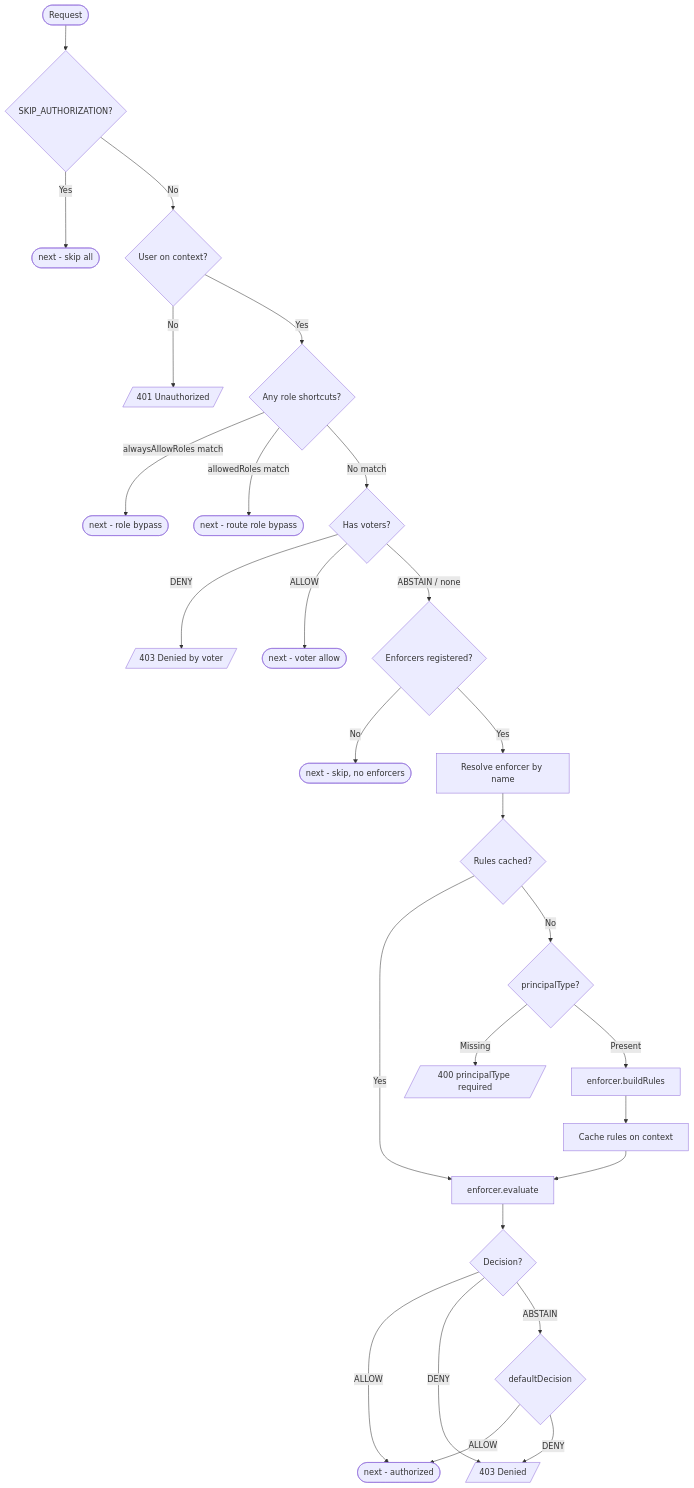
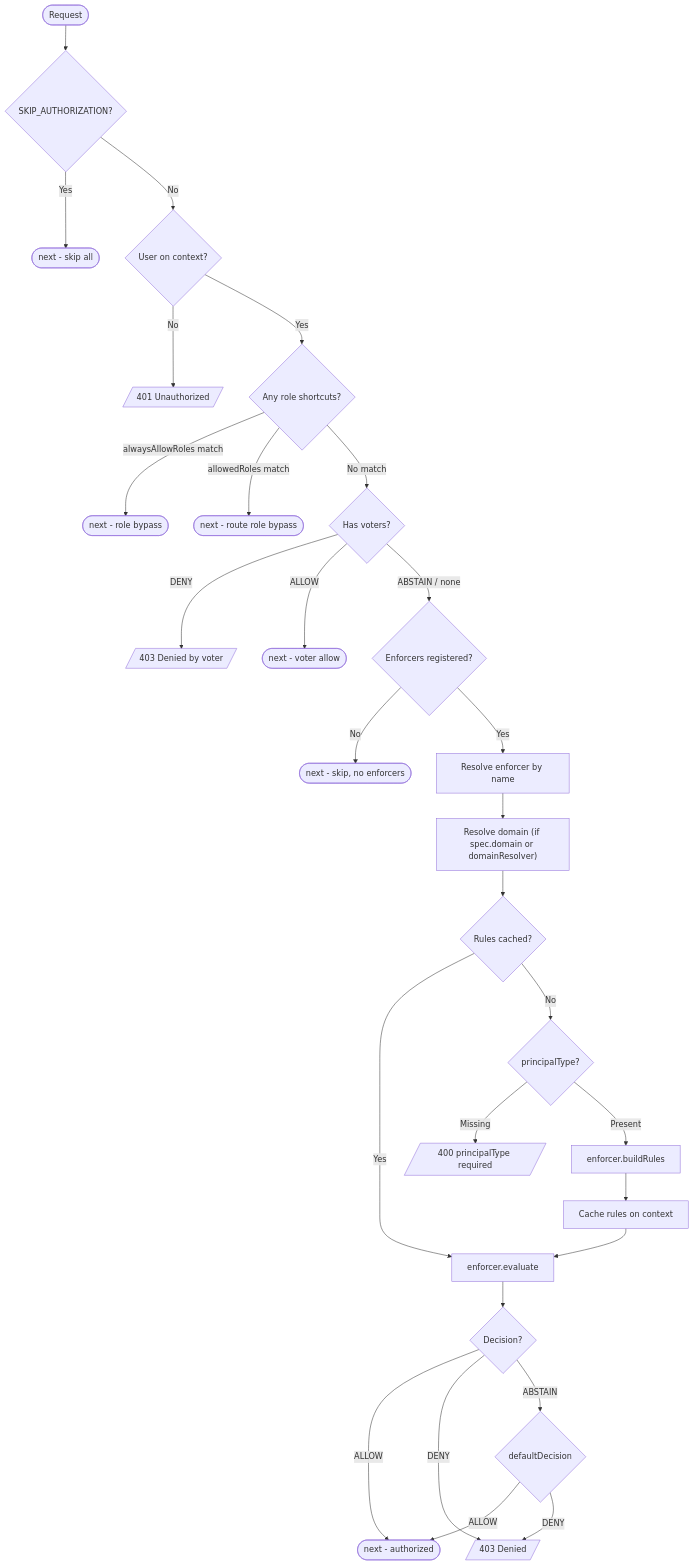
One commit to VENIZIA-AI/ignis changed the second of 3 diagrams in docs/wiki/content/extensions/components/authorization/api.md. Above: the diagram before and after it, drawn with Mermaid. The commit also changed other lines of this file and 233 other files, not shown here.

````diff
--- a/docs/wiki/content/extensions/components/authorization/api.md
+++ b/docs/wiki/content/extensions/components/authorization/api.md
@@ -42,29 +105,30 @@
 ```mermaid
 flowchart TD
     Start([Request]) --> Skip{SKIP_AUTHORIZATION?}
     Skip -->|Yes| Next([next - skip all])
     Skip -->|No| User{User on context?}
     User -->|No| E401[/401 Unauthorized/]
     User -->|Yes| Roles{Any role shortcuts?}
     Roles -->|alwaysAllowRoles match| Next2([next - role bypass])
     Roles -->|allowedRoles match| Next3([next - route role bypass])
     Roles -->|No match| Voters{Has voters?}
     Voters -->|DENY| E403a[/403 Denied by voter/]
     Voters -->|ALLOW| Next4([next - voter allow])
     Voters -->|ABSTAIN / none| HasEnforcers{Enforcers registered?}
     HasEnforcers -->|No| Next6([next - skip, no enforcers])
     HasEnforcers -->|Yes| Resolve[Resolve enforcer by name]
-    Resolve --> Cache{Rules cached?}
+    Resolve --> ResolveDomain["Resolve domain (if spec.domain or domainResolver)"]
+    ResolveDomain --> Cache{Rules cached?}
     Cache -->|Yes| Evaluate
     Cache -->|No| PType{principalType?}
     PType -->|Missing| E400[/400 principalType required/]
     PType -->|Present| Build[enforcer.buildRules]
     Build --> CacheSet[Cache rules on context]
     CacheSet --> Evaluate[enforcer.evaluate]
     Evaluate --> Decision{Decision?}
     Decision -->|ALLOW| Next5([next - authorized])
     Decision -->|DENY| E403b[/403 Denied/]
     Decision -->|ABSTAIN| Default{defaultDecision}
     Default -->|ALLOW| Next5
     Default -->|DENY| E403b
 ```
````
